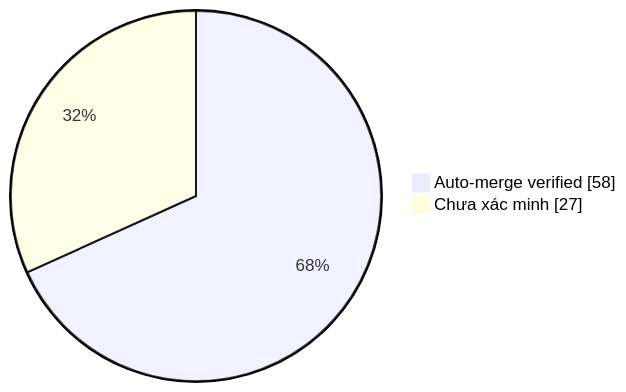
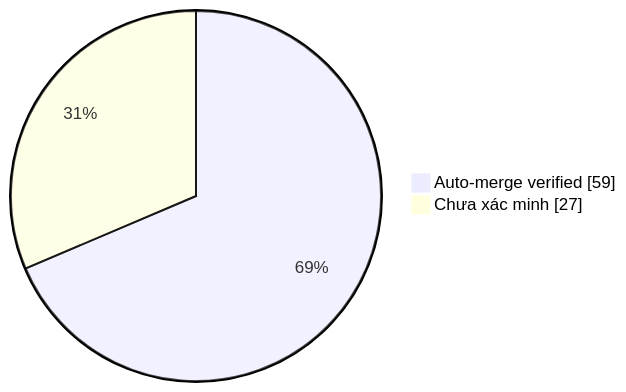
Before and after one commit to duykhang68/tetdinhmuiblog: the diagram in collector.md, drawn with Mermaid. The commit also changed other lines of this file and 1 other file, not shown here.

Commit message:
docs(collector): update auto-merge evidence dashboard

````diff
--- a/collector.md
+++ b/collector.md
@@ -22,5 +22,5 @@
 ```mermaid
 pie showData
-    "Auto-merge verified" : 58
+    "Auto-merge verified" : 59
     "Chưa xác minh" : 27
 ```
````
